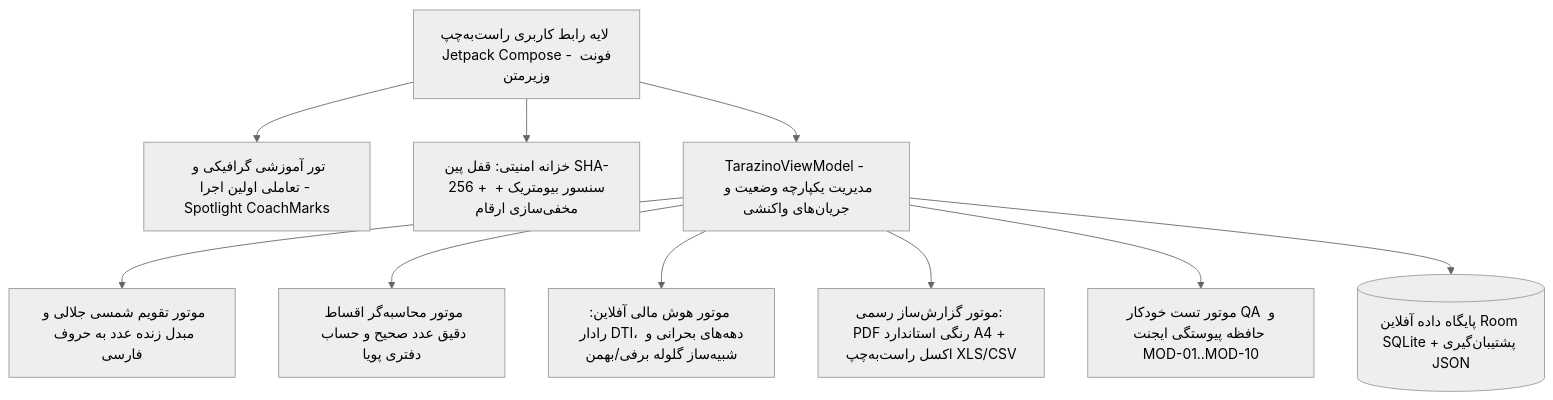
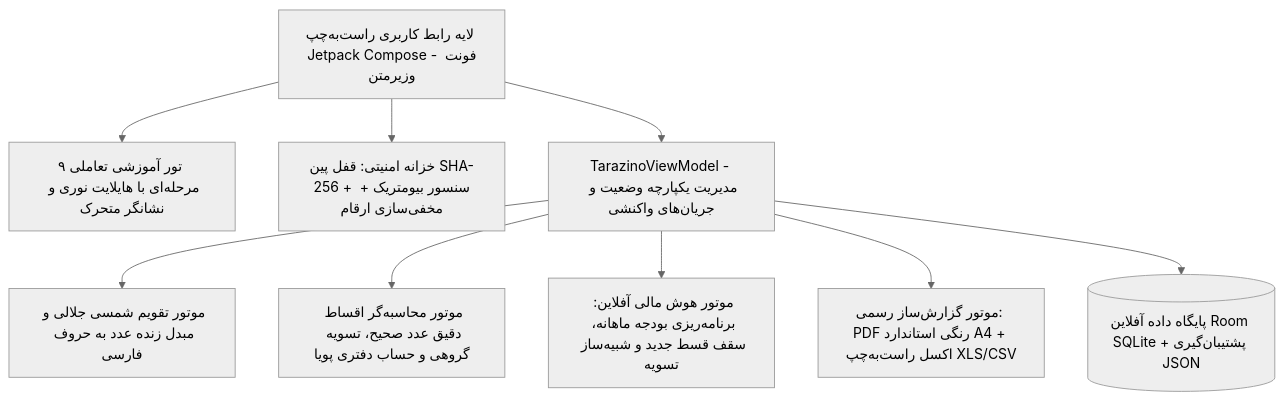
One commit to Mahdias1383/Intelligent-Personal-Financial-Management-System changed the diagram in README.md. Above: the diagram before and after it, drawn with Mermaid (neutral theme). The commit also changed other lines of this file and 3 other files, not shown here.

````diff
--- a/README.md
+++ b/README.md
@@ -9,23 +22,21 @@
 ```mermaid
 graph TD
     UI[لایه رابط کاربری راست‌به‌چپ Jetpack Compose - فونت وزیرمتن]
-    TOUR[تور آموزشی گرافیکی و تعاملی اولین اجرا - Spotlight CoachMarks]
+    TOUR[تور آموزشی تعاملی ۹ مرحله‌ای با هایلایت نوری و نشانگر متحرک]
     SEC[خزانه امنیتی: قفل پین SHA-256 + سنسور بیومتریک + مخفی‌سازی ارقام]
     VM[TarazinoViewModel - مدیریت یکپارچه وضعیت و جریان‌های واکنشی]
     CAL[موتور تقویم شمسی جلالی و مبدل زنده عدد به حروف فارسی]
-    SCHED[موتور محاسبه‌گر اقساط دقیق عدد صحیح و حساب دفتری پویا]
-    INTEL[موتور هوش مالی آفلاین: رادار DTI، دهه‌های بحرانی و شبیه‌ساز گلوله برفی/بهمن]
+    SCHED[موتور محاسبه‌گر اقساط دقیق عدد صحیح، تسویه گروهی و حساب دفتری پویا]
+    INTEL[موتور هوش مالی آفلاین: برنامه‌ریزی بودجه ماهانه، سقف قسط جدید و شبیه‌ساز تسویه]
     EXP[موتور گزارش‌ساز رسمی: PDF رنگی استاندارد A4 + اکسل راست‌به‌چپ XLS/CSV]
-    QA[موتور تست خودکار QA و حافظه پیوستگی ایجنت MOD-01..MOD-10]
     DB[(پایگاه داده آفلاین Room SQLite + پشتیبان‌گیری JSON)]
 
     UI --> TOUR
     UI --> SEC
     UI --> VM
     VM --> CAL
     VM --> SCHED
     VM --> INTEL
     VM --> EXP
-    VM --> QA
     VM --> DB
 ```
````
